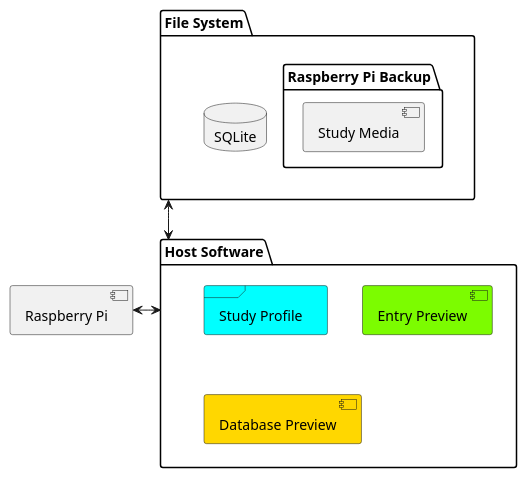
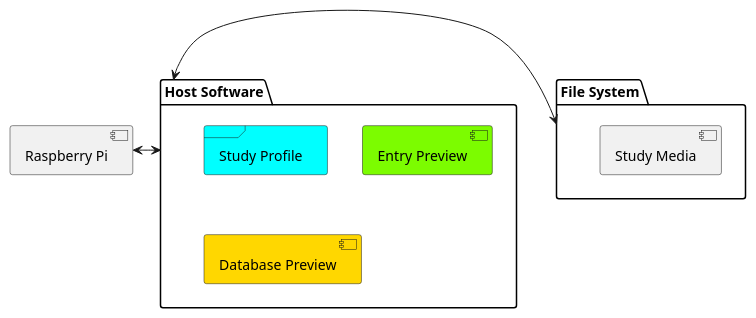
The diagram in M.O.S.I.S_Host_Software/Reports/Progress_Report_3/Main_Document/Figures/architechtural_diagram.pu (fabiomatos999/M.O.S.I.S), drawn with PlantUML before and after one commit. The commit also changed 6 other files, not shown here.

```diff
--- a/M.O.S.I.S_Host_Software/Reports/Progress_Report_3/Main_Document/Figures/architechtural_diagram.pu
+++ b/M.O.S.I.S_Host_Software/Reports/Progress_Report_3/Main_Document/Figures/architechtural_diagram.pu
@@ -1,17 +1,14 @@
 @startuml
 package "Host Software"  {
 	frame "Study Profile" #AQUA
 	[Entry Preview] #LAWNGREEN
 	[Database Preview] #GOLD
 	
 }
 package "File System" {
-	database SQLite
-	folder "Raspberry Pi Backup" {
 		[Study Media]
-	}
 }
 [Raspberry Pi]
 "Host Software" <-left-> "Raspberry Pi"
-"Host Software" <-up-> "File System"
+"Host Software" <-right-> "File System"
 @enduml
```
